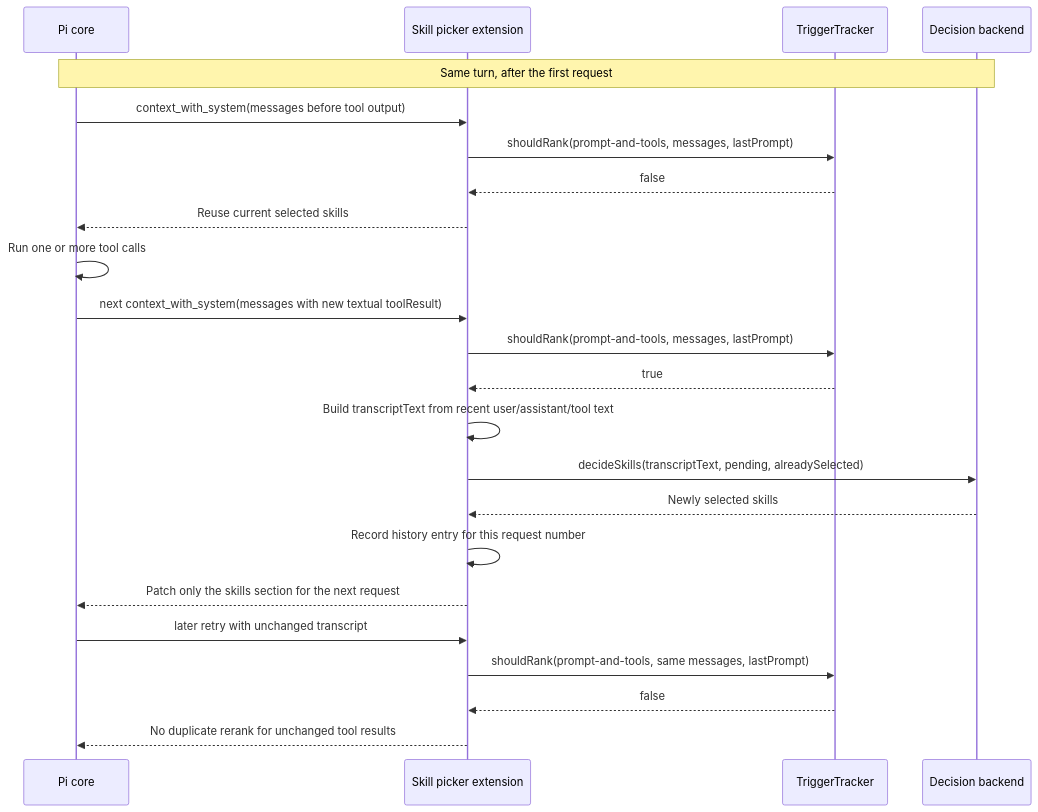
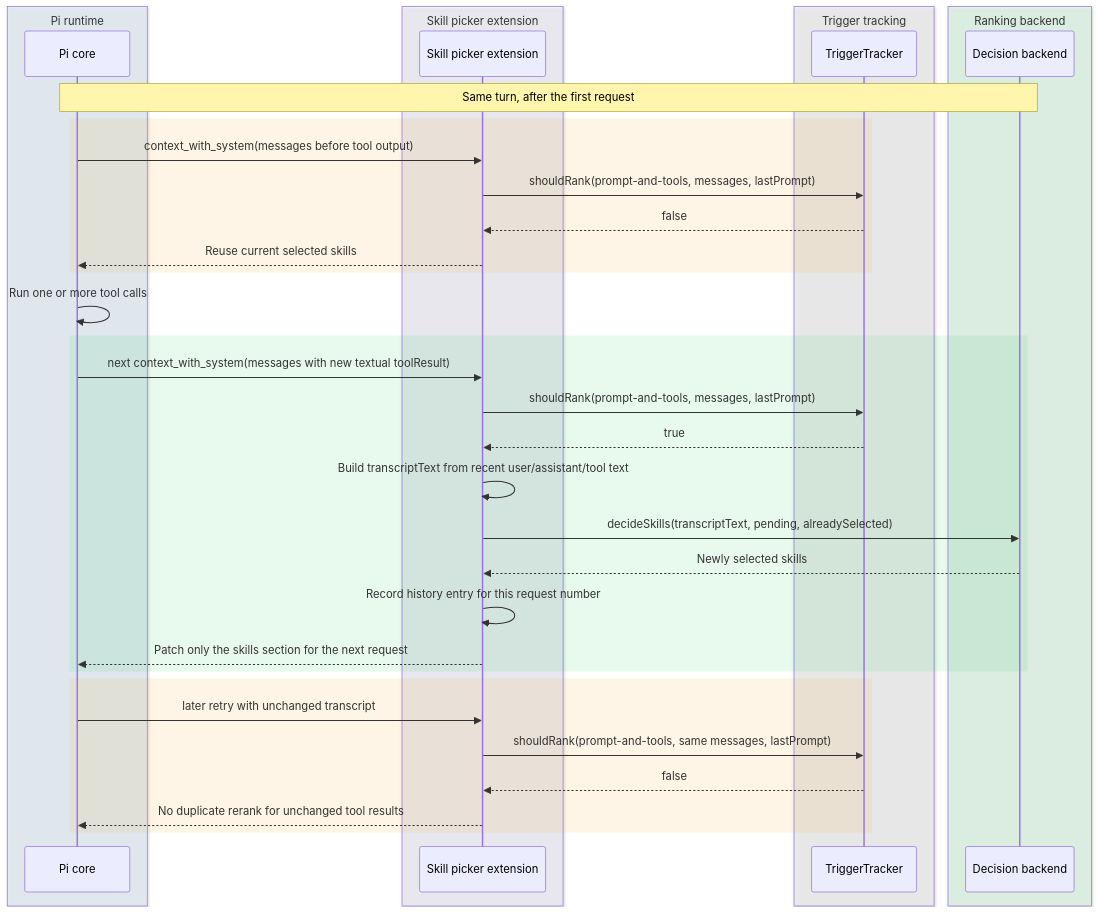
One commit to championswimmer/pi-skill-picker-jev changed the third of 4 diagrams in docs/how-skill-picker-works.md. Above: the diagram before and after it, drawn with Mermaid. The commit also changed other lines of this file, not shown here.

Commit message:
docs: color and validate how-it-works Mermaid diagrams

````diff
--- a/docs/how-skill-picker-works.md
+++ b/docs/how-skill-picker-works.md
@@ -84,28 +112,42 @@
 ```mermaid
 sequenceDiagram
-  participant Pi as Pi core
-  participant Ext as Skill picker extension
-  participant Tracker as TriggerTracker
-  participant Ranker as Decision backend
+  box rgba(224, 242, 254, 0.45) Pi runtime
+    participant Pi as Pi core
+  end
+  box rgba(245, 243, 255, 0.55) Skill picker extension
+    participant Ext as Skill picker extension
+  end
+  box rgba(243, 244, 246, 0.60) Trigger tracking
+    participant Tracker as TriggerTracker
+  end
+  box rgba(220, 252, 231, 0.55) Ranking backend
+    participant Ranker as Decision backend
+  end
 
   Note over Pi,Ranker: Same turn, after the first request
-  Pi->>Ext: context_with_system(messages before tool output)
-  Ext->>Tracker: shouldRank(prompt-and-tools, messages, lastPrompt)
-  Tracker-->>Ext: false
-  Ext-->>Pi: Reuse current selected skills
+  rect rgba(245, 158, 11, 0.10)
+    Pi->>Ext: context_with_system(messages before tool output)
+    Ext->>Tracker: shouldRank(prompt-and-tools, messages, lastPrompt)
+    Tracker-->>Ext: false
+    Ext-->>Pi: Reuse current selected skills
+  end
 
   Pi->>Pi: Run one or more tool calls
-  Pi->>Ext: next context_with_system(messages with new textual toolResult)
-  Ext->>Tracker: shouldRank(prompt-and-tools, messages, lastPrompt)
-  Tracker-->>Ext: true
-  Ext->>Ext: Build transcriptText from recent user/assistant/tool text
-  Ext->>Ranker: decideSkills(transcriptText, pending, alreadySelected)
-  Ranker-->>Ext: Newly selected skills
-  Ext->>Ext: Record history entry for this request number
-  Ext-->>Pi: Patch only the skills section for the next request
+  rect rgba(34, 197, 94, 0.10)
+    Pi->>Ext: next context_with_system(messages with new textual toolResult)
+    Ext->>Tracker: shouldRank(prompt-and-tools, messages, lastPrompt)
+    Tracker-->>Ext: true
+    Ext->>Ext: Build transcriptText from recent user/assistant/tool text
+    Ext->>Ranker: decideSkills(transcriptText, pending, alreadySelected)
+    Ranker-->>Ext: Newly selected skills
+    Ext->>Ext: Record history entry for this request number
+    Ext-->>Pi: Patch only the skills section for the next request
+  end
 
-  Pi->>Ext: later retry with unchanged transcript
-  Ext->>Tracker: shouldRank(prompt-and-tools, same messages, lastPrompt)
-  Tracker-->>Ext: false
-  Ext-->>Pi: No duplicate rerank for unchanged tool results
+  rect rgba(245, 158, 11, 0.10)
+    Pi->>Ext: later retry with unchanged transcript
+    Ext->>Tracker: shouldRank(prompt-and-tools, same messages, lastPrompt)
+    Tracker-->>Ext: false
+    Ext-->>Pi: No duplicate rerank for unchanged tool results
+  end
 ```
````
